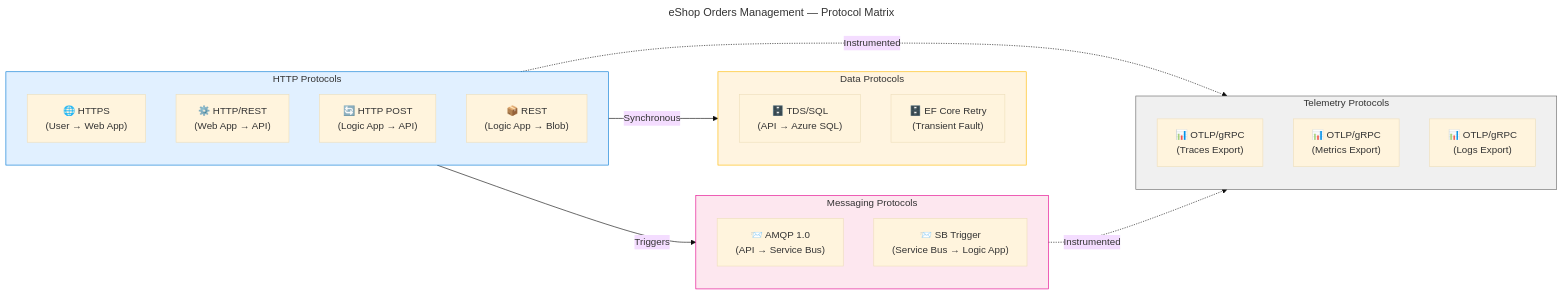
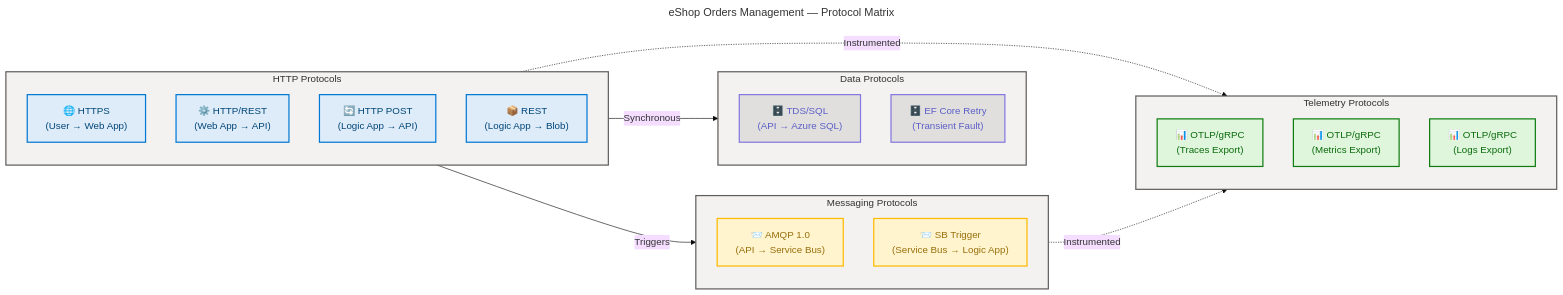
The seventh of 14 diagrams in docs/architecture/application-architecture.md (Evilazaro/Azure-LogicApps-Monitoring), drawn with Mermaid before and after one commit. The commit also changed other lines of this file, not shown here.

Commit message:
Enhance application architecture diagrams with improved styling and classification for better clarity and visual distinction of protocols and components

````diff
--- a/docs/architecture/application-architecture.md
+++ b/docs/architecture/application-architecture.md
@@ -696,58 +696,63 @@
 ```mermaid
 ---
 title: "eShop Orders Management — Protocol Matrix"
 config:
   theme: base
   look: classic
   layout: dagre
   themeVariables:
     fontSize: "16px"
 ---
 flowchart LR
     accTitle: Protocol Matrix
     accDescr: Shows all protocols used across service integration points with direction and purpose
 
     %% ═══════════════════════════════════════════════════════════════════════════
     %% AZURE / FLUENT ARCHITECTURE PATTERN v1.1
     %% (Semantic + Structural + Font + Accessibility Governance)
     %% ═══════════════════════════════════════════════════════════════════════════
     %% PHASE 1 - STRUCTURAL: Direction explicit, flat topology, nesting ≤ 3
     %% PHASE 2 - SEMANTIC: Colors justified, max 5 semantic classes, neutral-first
     %% PHASE 3 - FONT: Dark text on light backgrounds, contrast ≥ 4.5:1
     %% PHASE 4 - ACCESSIBILITY: accTitle/accDescr present, icons on all nodes
     %% PHASE 5 - STANDARD: Governance block present, classDefs centralized
     %% ═══════════════════════════════════════════════════════════════════════════
 
     subgraph HTTPProtocols["HTTP Protocols"]
-        HP1["🌐 HTTPS\n(User → Web App)"]
-        HP2["⚙️ HTTP/REST\n(Web App → API)"]
-        HP3["🔄 HTTP POST\n(Logic App → API)"]
-        HP4["📦 REST\n(Logic App → Blob)"]
+        HP1["🌐 HTTPS\n(User → Web App)"]:::core
+        HP2["⚙️ HTTP/REST\n(Web App → API)"]:::core
+        HP3["🔄 HTTP POST\n(Logic App → API)"]:::core
+        HP4["📦 REST\n(Logic App → Blob)"]:::core
     end
 
     subgraph DataProtocols["Data Protocols"]
-        DP1["🗄️ TDS/SQL\n(API → Azure SQL)"]
-        DP2["🗄️ EF Core Retry\n(Transient Fault)"]
+        DP1["🗄️ TDS/SQL\n(API → Azure SQL)"]:::data
+        DP2["🗄️ EF Core Retry\n(Transient Fault)"]:::data
     end
 
     subgraph MessagingProtocols["Messaging Protocols"]
-        MP1["📨 AMQP 1.0\n(API → Service Bus)"]
-        MP2["📨 SB Trigger\n(Service Bus → Logic App)"]
+        MP1["📨 AMQP 1.0\n(API → Service Bus)"]:::warning
+        MP2["📨 SB Trigger\n(Service Bus → Logic App)"]:::warning
     end
 
     subgraph TelemetryProtocols["Telemetry Protocols"]
-        TP1["📊 OTLP/gRPC\n(Traces Export)"]
-        TP2["📊 OTLP/gRPC\n(Metrics Export)"]
-        TP3["📊 OTLP/gRPC\n(Logs Export)"]
+        TP1["📊 OTLP/gRPC\n(Traces Export)"]:::success
+        TP2["📊 OTLP/gRPC\n(Metrics Export)"]:::success
+        TP3["📊 OTLP/gRPC\n(Logs Export)"]:::success
     end
 
     HTTPProtocols -->|"Synchronous"| DataProtocols
     HTTPProtocols -->|"Triggers"| MessagingProtocols
     HTTPProtocols -.->|"Instrumented"| TelemetryProtocols
     MessagingProtocols -.->|"Instrumented"| TelemetryProtocols
 
-    style HTTPProtocols fill:#e1f0ff,stroke:#0078d4,color:#333
-    style DataProtocols fill:#fff4e0,stroke:#ffb900,color:#333
-    style MessagingProtocols fill:#fde7ef,stroke:#e3008c,color:#333
-    style TelemetryProtocols fill:#f0f0f0,stroke:#666,color:#333
+    style HTTPProtocols fill:#F3F2F1,stroke:#605E5C,stroke-width:2px,color:#323130
+    style DataProtocols fill:#F3F2F1,stroke:#605E5C,stroke-width:2px,color:#323130
+    style MessagingProtocols fill:#F3F2F1,stroke:#605E5C,stroke-width:2px,color:#323130
+    style TelemetryProtocols fill:#F3F2F1,stroke:#605E5C,stroke-width:2px,color:#323130
+
+    classDef core fill:#DEECF9,stroke:#0078D4,stroke-width:2px,color:#004578
+    classDef data fill:#E1DFDD,stroke:#8378DE,stroke-width:2px,color:#5B5FC7
+    classDef warning fill:#FFF4CE,stroke:#FFB900,stroke-width:2px,color:#986F0B
+    classDef success fill:#DFF6DD,stroke:#107C10,stroke-width:2px,color:#0B6A0B
 ```
````
